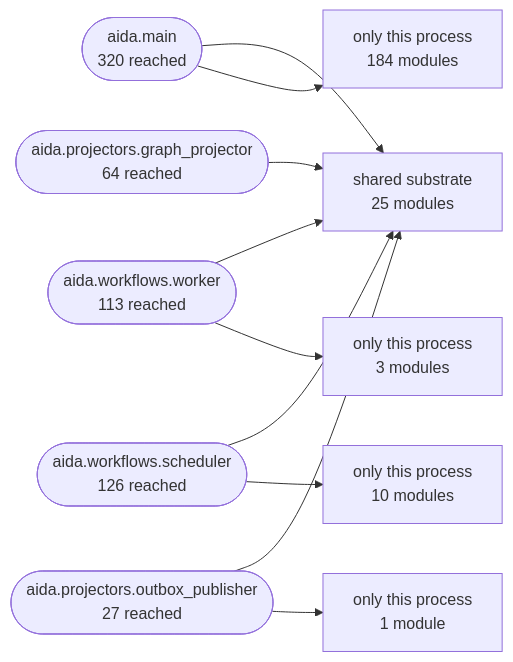
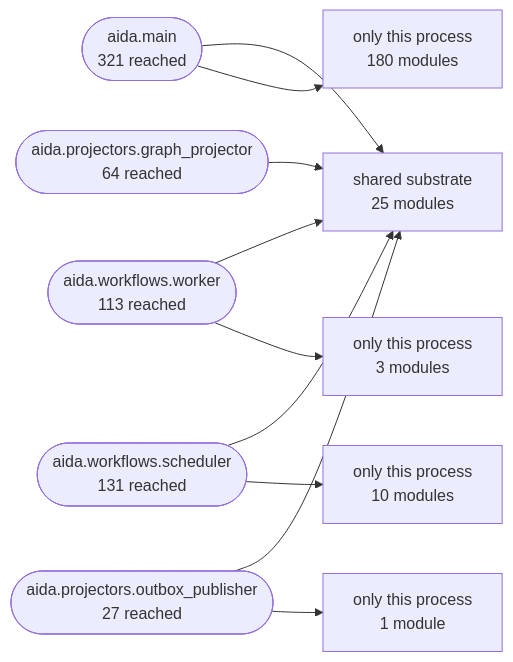
Before and after one commit to karuppusamym/AIDataAnalyst: the second of 3 diagrams in Docs/10-architecture/14-generated-architecture-map.md, drawn with Mermaid. The commit also changed other lines of this file and 2 other files, not shown here.

````diff
--- a/Docs/10-architecture/14-generated-architecture-map.md
+++ b/Docs/10-architecture/14-generated-architecture-map.md
@@ -172,22 +172,22 @@
 ```mermaid
 graph LR
   shared["shared substrate<br/>25 modules"]
-  aida_main(["aida.main<br/>320 reached"])
+  aida_main(["aida.main<br/>321 reached"])
   aida_workflows_worker(["aida.workflows.worker<br/>113 reached"])
-  aida_workflows_scheduler(["aida.workflows.scheduler<br/>126 reached"])
+  aida_workflows_scheduler(["aida.workflows.scheduler<br/>131 reached"])
   aida_projectors_graph_projector(["aida.projectors.graph_projector<br/>64 reached"])
   aida_projectors_outbox_publisher(["aida.projectors.outbox_publisher<br/>27 reached"])
   aida_main --> shared
-  only_aida_main["only this process<br/>184 modules"]
+  only_aida_main["only this process<br/>180 modules"]
   aida_main --> only_aida_main
   aida_workflows_worker --> shared
   only_aida_workflows_worker["only this process<br/>3 modules"]
   aida_workflows_worker --> only_aida_workflows_worker
   aida_workflows_scheduler --> shared
   only_aida_workflows_scheduler["only this process<br/>10 modules"]
   aida_workflows_scheduler --> only_aida_workflows_scheduler
   aida_projectors_graph_projector --> shared
   aida_projectors_outbox_publisher --> shared
   only_aida_projectors_outbox_publisher["only this process<br/>1 module"]
   aida_projectors_outbox_publisher --> only_aida_projectors_outbox_publisher
 ```
````
